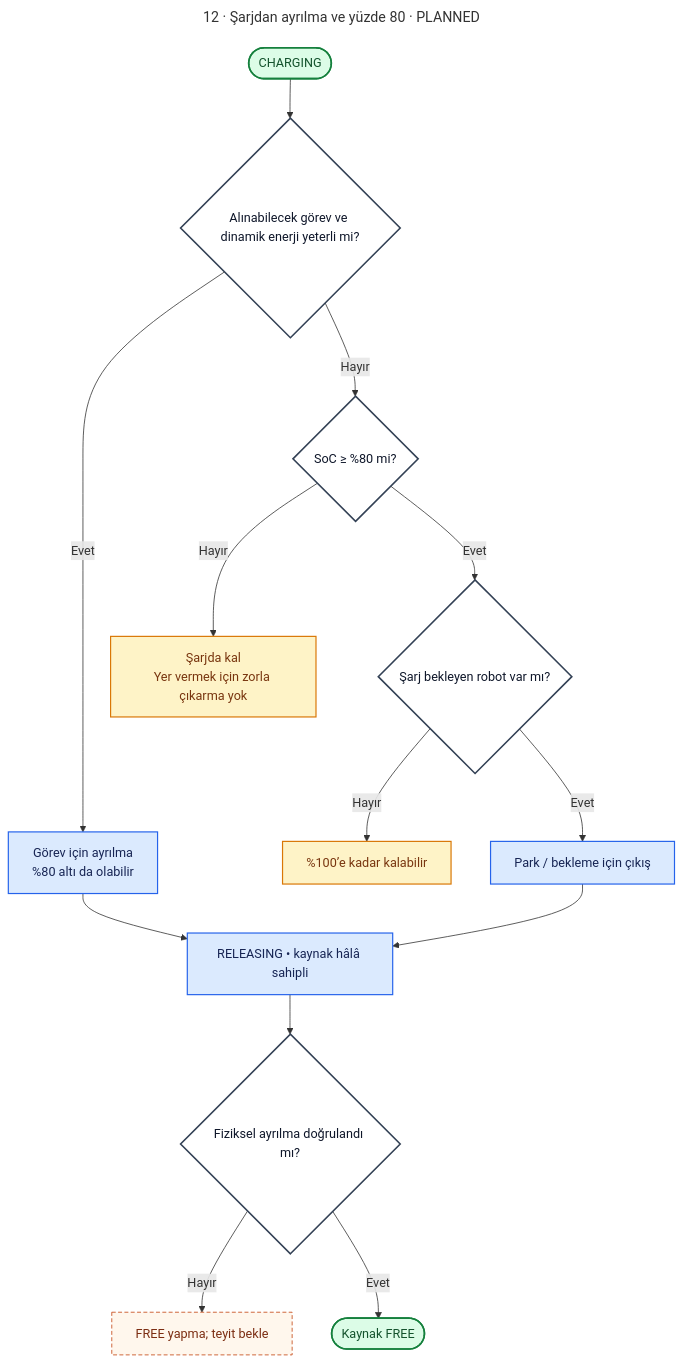
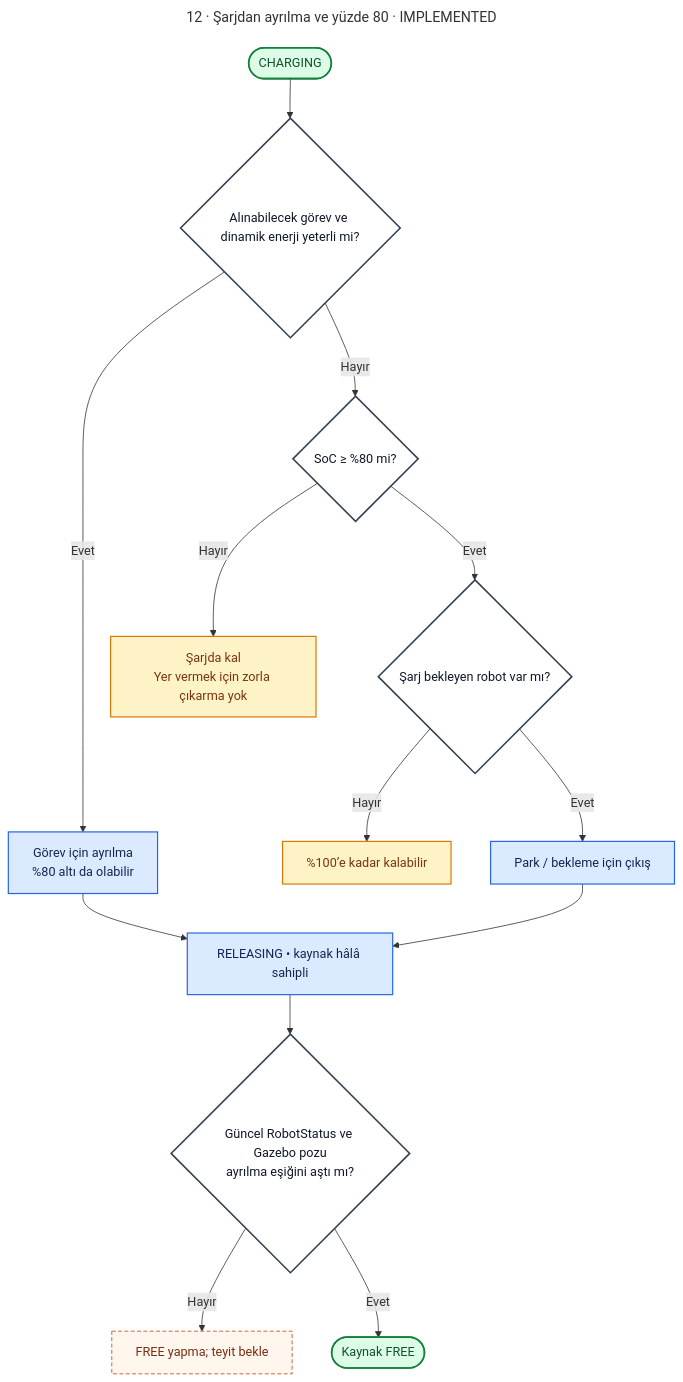
Before and after one commit to m-gnr/ros2-fleet-manager: diagram 12 of 18 in docs/diagrams/README.md, drawn with Mermaid. The commit also changed other lines of this file and 36 other files, not shown here.

````diff
--- a/docs/diagrams/README.md
+++ b/docs/diagrams/README.md
@@ -695,29 +701,29 @@
 ```mermaid
 ---
-title: "12 · Şarjdan ayrılma ve yüzde 80 · PLANNED"
+title: "12 · Şarjdan ayrılma ve yüzde 80 · IMPLEMENTED"
 ---
 flowchart TD
  A(["CHARGING"]):::terminal --> JOB{"Alınabilecek görev ve dinamik enerji yeterli mi?"}:::decision
  JOB -->|"Evet"| DEPART["Görev için ayrılma<br/>%80 altı da olabilir"]:::fm
  JOB -->|"Hayır"| SOC{"SoC ≥ %80 mi?"}:::decision
  SOC -->|"Hayır"| STAY["Şarjda kal<br/>Yer vermek için zorla çıkarma yok"]:::battery
  SOC -->|"Evet"| QUEUE{"Şarj bekleyen robot var mı?"}:::decision
  QUEUE -->|"Hayır"| FULL["%100’e kadar kalabilir"]:::battery
  QUEUE -->|"Evet"| EXIT["Park / bekleme için çıkış"]:::fm
  DEPART --> REL["RELEASING • kaynak hâlâ sahipli"]:::fm
  EXIT --> REL
- REL --> P{"Fiziksel ayrılma doğrulandı mı?"}:::decision
+ REL --> P{"Güncel RobotStatus ve Gazebo pozu<br/>ayrılma eşiğini aştı mı?"}:::decision
  P -->|"Hayır"| WAIT["FREE yapma; teyit bekle"]:::wait
  P -->|"Evet"| FREE(["Kaynak FREE"]):::terminal
 
  classDef fm fill:#dbeafe,stroke:#2563eb,color:#172554,stroke-width:1.5px;
  classDef executor fill:#ede9fe,stroke:#7c3aed,color:#2e1065,stroke-width:1.5px;
  classDef nav fill:#ccfbf1,stroke:#0f766e,color:#134e4a,stroke-width:1.5px;
  classDef battery fill:#fef3c7,stroke:#d97706,color:#78350f,stroke-width:1.5px;
  classDef db fill:#e2e8f0,stroke:#475569,color:#0f172a,stroke-width:1.5px;
  classDef ui fill:#fce7f3,stroke:#be185d,color:#831843,stroke-width:1.5px;
  classDef decision fill:#fff,stroke:#334155,color:#0f172a,stroke-width:2px;
  classDef error fill:#fee2e2,stroke:#dc2626,color:#7f1d1d,stroke-width:2px;
  classDef wait fill:#fff7ed,stroke:#c2410c,color:#7c2d12,stroke-dasharray:5 3;
  classDef terminal fill:#dcfce7,stroke:#15803d,color:#14532d,stroke-width:2px;
 ```
````
